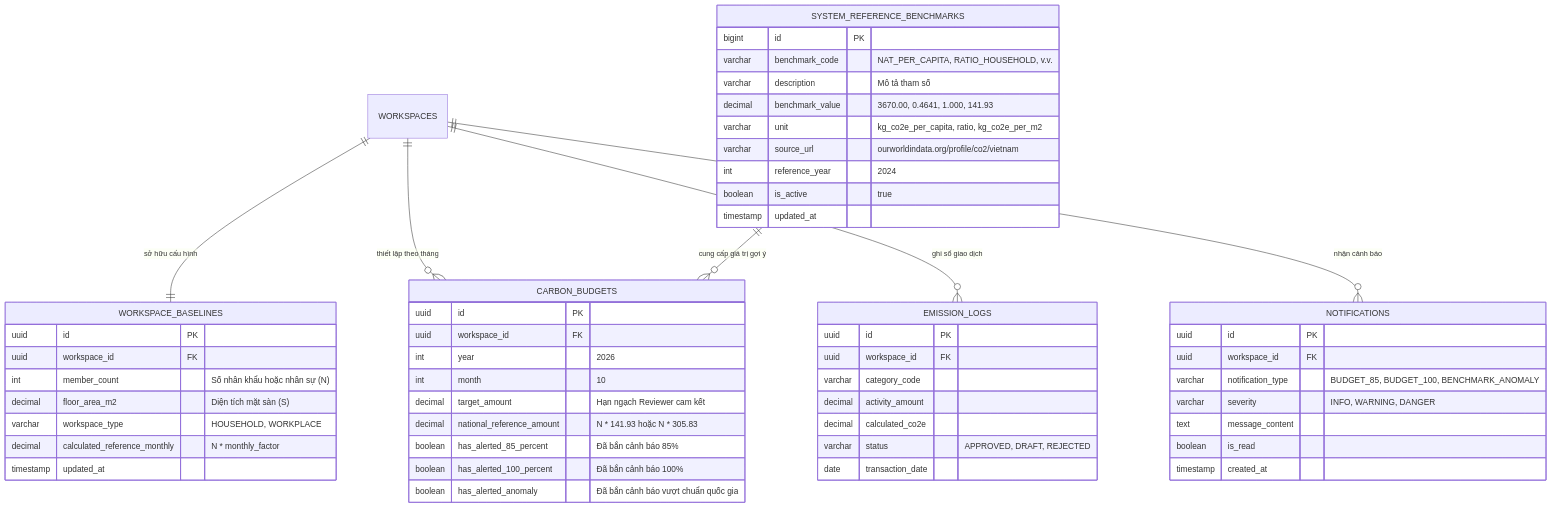
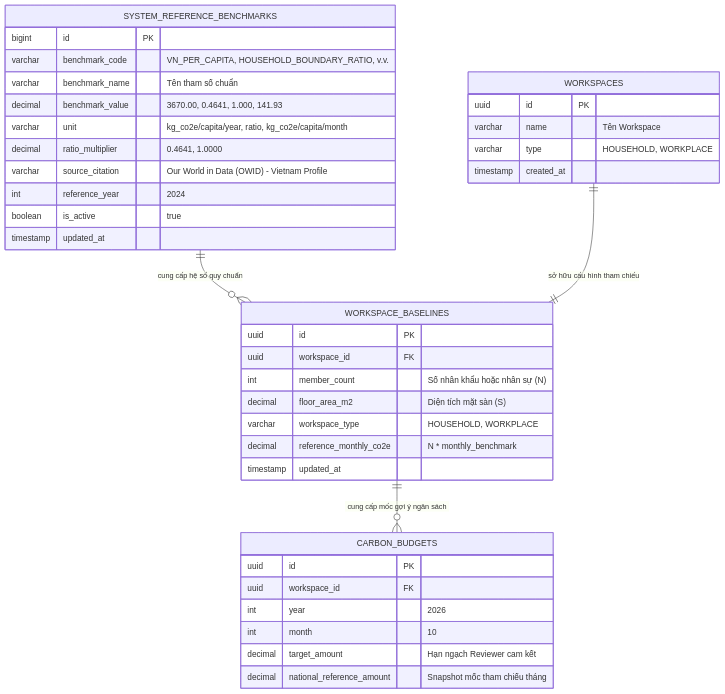
The second of 3 diagrams in docs/emission-reference-benchmark.md (DatTienNguyenn/PMDC-BATCH4-DATNT250), drawn with Mermaid before and after one commit. The commit also changed other lines of this file and 4 other files, not shown here.

Commit message:
docs: remove alert mechanism definitions from emission-reference-benchmark.md

````diff
--- a/docs/emission-reference-benchmark.md
+++ b/docs/emission-reference-benchmark.md
@@ -377,62 +241,45 @@
 ```mermaid
 erDiagram
-    WORKSPACES ||--|| WORKSPACE_BASELINES : "sở hữu cấu hình"
-    WORKSPACES ||--o{ CARBON_BUDGETS : "thiết lập theo tháng"
-    WORKSPACES ||--o{ EMISSION_LOGS : "ghi sổ giao dịch"
-    WORKSPACES ||--o{ NOTIFICATIONS : "nhận cảnh báo"
-    SYSTEM_REFERENCE_BENCHMARKS ||--o{ CARBON_BUDGETS : "cung cấp giá trị gợi ý"
+    SYSTEM_REFERENCE_BENCHMARKS ||--o{ WORKSPACE_BASELINES : "cung cấp hệ số quy chuẩn"
+    WORKSPACES ||--|| WORKSPACE_BASELINES : "sở hữu cấu hình tham chiếu"
+    WORKSPACE_BASELINES ||--o{ CARBON_BUDGETS : "cung cấp mốc gợi ý ngân sách"
 
     SYSTEM_REFERENCE_BENCHMARKS {
         bigint id PK
-        varchar benchmark_code "NAT_PER_CAPITA, RATIO_HOUSEHOLD, v.v."
-        varchar description "Mô tả tham số"
+        varchar benchmark_code "VN_PER_CAPITA, HOUSEHOLD_BOUNDARY_RATIO, v.v."
+        varchar benchmark_name "Tên tham số chuẩn"
         decimal benchmark_value "3670.00, 0.4641, 1.000, 141.93"
-        varchar unit "kg_co2e_per_capita, ratio, kg_co2e_per_m2"
-        varchar source_url "ourworldindata.org/profile/co2/vietnam"
+        varchar unit "kg_co2e/capita/year, ratio, kg_co2e/capita/month"
+        decimal ratio_multiplier "0.4641, 1.0000"
+        varchar source_citation "Our World in Data (OWID) - Vietnam Profile"
         int reference_year "2024"
         boolean is_active "true"
         timestamp updated_at
+    }
+
+    WORKSPACES {
+        uuid id PK
+        varchar name "Tên Workspace"
+        varchar type "HOUSEHOLD, WORKPLACE"
+        timestamp created_at
     }
 
     WORKSPACE_BASELINES {
         uuid id PK
         uuid workspace_id FK
         int member_count "Số nhân khẩu hoặc nhân sự (N)"
         decimal floor_area_m2 "Diện tích mặt sàn (S)"
         varchar workspace_type "HOUSEHOLD, WORKPLACE"
-        decimal calculated_reference_monthly "N * monthly_factor"
+        decimal reference_monthly_co2e "N * monthly_benchmark"
         timestamp updated_at
     }
 
     CARBON_BUDGETS {
         uuid id PK
         uuid workspace_id FK
         int year "2026"
         int month "10"
         decimal target_amount "Hạn ngạch Reviewer cam kết"
-        decimal national_reference_amount "N * 141.93 hoặc N * 305.83"
-        boolean has_alerted_85_percent "Đã bắn cảnh báo 85%"
-        boolean has_alerted_100_percent "Đã bắn cảnh báo 100%"
-        boolean has_alerted_anomaly "Đã bắn cảnh báo vượt chuẩn quốc gia"
-    }
-
-    EMISSION_LOGS {
-        uuid id PK
-        uuid workspace_id FK
-        varchar category_code
-        decimal activity_amount
-        decimal calculated_co2e
-        varchar status "APPROVED, DRAFT, REJECTED"
-        date transaction_date
-    }
-
-    NOTIFICATIONS {
-        uuid id PK
-        uuid workspace_id FK
-        varchar notification_type "BUDGET_85, BUDGET_100, BENCHMARK_ANOMALY"
-        varchar severity "INFO, WARNING, DANGER"
-        text message_content
-        boolean is_read
-        timestamp created_at
+        decimal national_reference_amount "Snapshot mốc tham chiếu tháng"
     }
 ```
````
